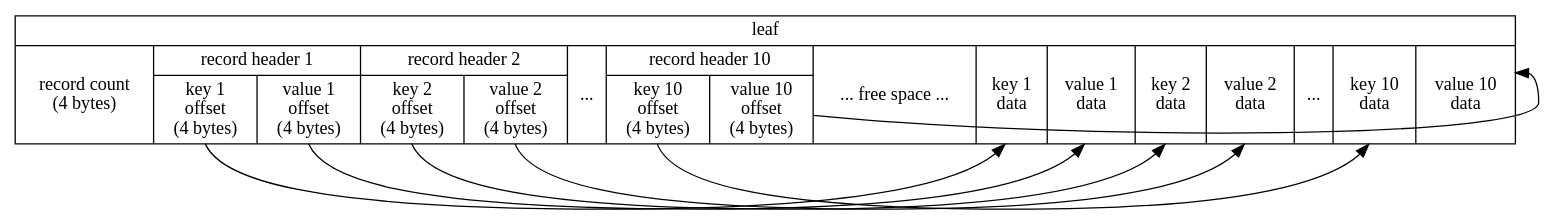
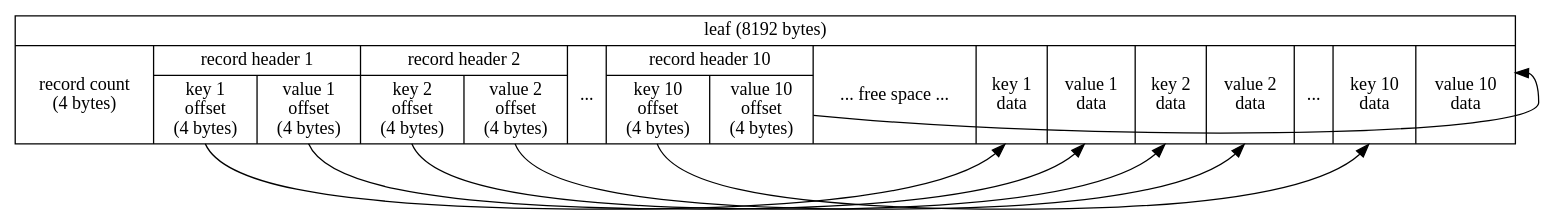
Before and after one commit to roy2220/plainkv: the diagram in docs/bptree_leaf_structure.dot, drawn with Graphviz. The commit also changed 6 other files, not shown here.

```diff
--- a/docs/bptree_leaf_structure.dot
+++ b/docs/bptree_leaf_structure.dot
@@ -1,12 +1,12 @@
 digraph G {
   node [shape = record];
 
-  leaf [label = "{leaf|{record count\n(4 bytes)|{record header 1|{<ko1>key 1\noffset\n(4 bytes)|<vo1>value 1\noffset\n(4 bytes)}}|{record header 2|{<ko2>key 2\noffset\n(4 bytes)|<vo2>value 2\noffset\n(4 bytes)}}|...|{record header 10|{<ko10>key 10\noffset\n(4 bytes)|<vo10>value 10\noffset\n(4 bytes)}}|... free space ...|<kd1>key 1\ndata|<vd1>value 1\ndata|<kd2>key 2\ndata|<vd2>value 2\ndata|...|<kd10>key 10\ndata|<vd10>value 10\ndata}}"]
+  leaf [label = "{leaf (8192 bytes)|{record count\n(4 bytes)|{record header 1|{<ko1>key 1\noffset\n(4 bytes)|<vo1>value 1\noffset\n(4 bytes)}}|{record header 2|{<ko2>key 2\noffset\n(4 bytes)|<vo2>value 2\noffset\n(4 bytes)}}|...|{record header 10|{<ko10>key 10\noffset\n(4 bytes)|<vo10>value 10\noffset\n(4 bytes)}}|... free space ...|<kd1>key 1\ndata|<vd1>value 1\ndata|<kd2>key 2\ndata|<vd2>value 2\ndata|...|<kd10>key 10\ndata|<vd10>value 10\ndata}}"]
 
   leaf:ko1 -> leaf:kd1
   leaf:vo1 -> leaf:vd1
   leaf:ko2 -> leaf:kd2
   leaf:vo2 -> leaf:vd2
   leaf:ko10 -> leaf:kd10
   leaf:vo10 -> leaf:vd10
 }
```
